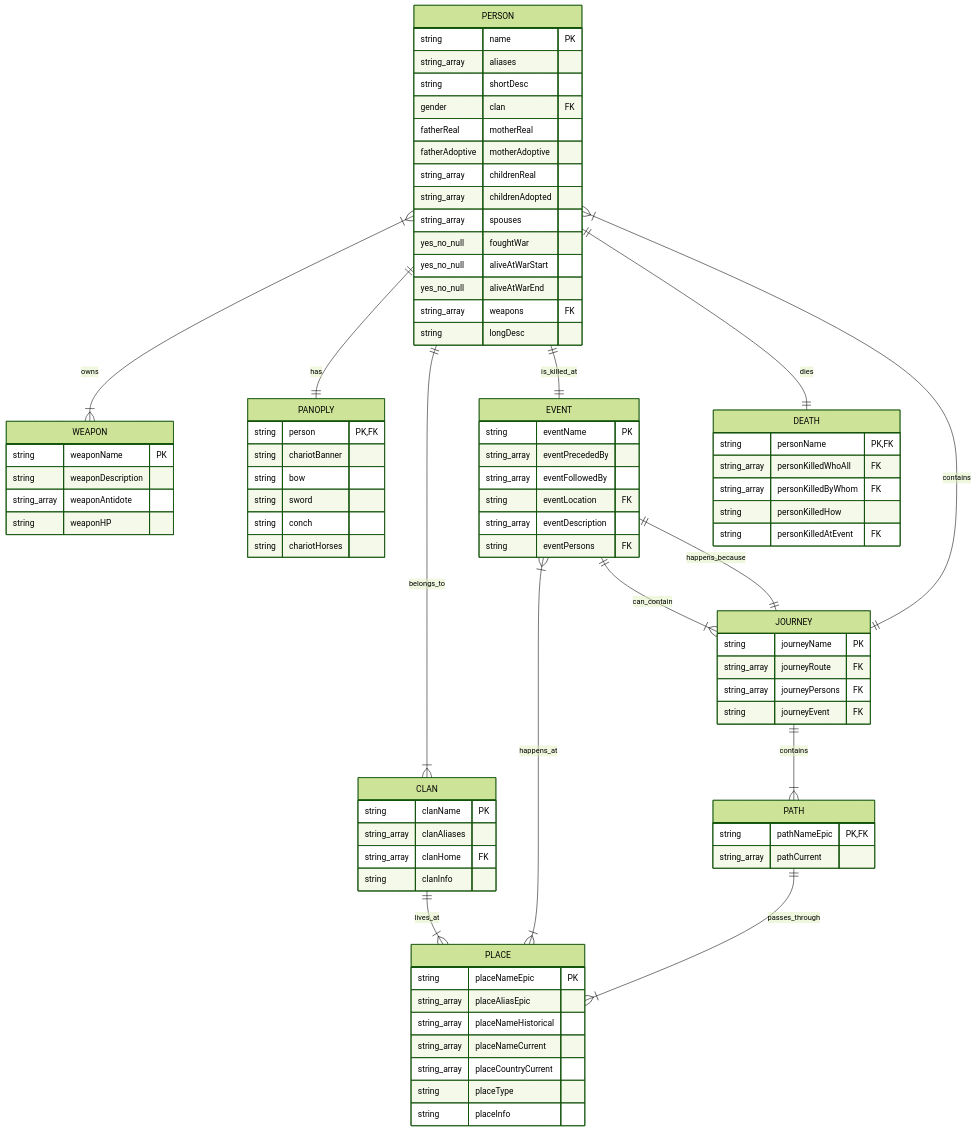
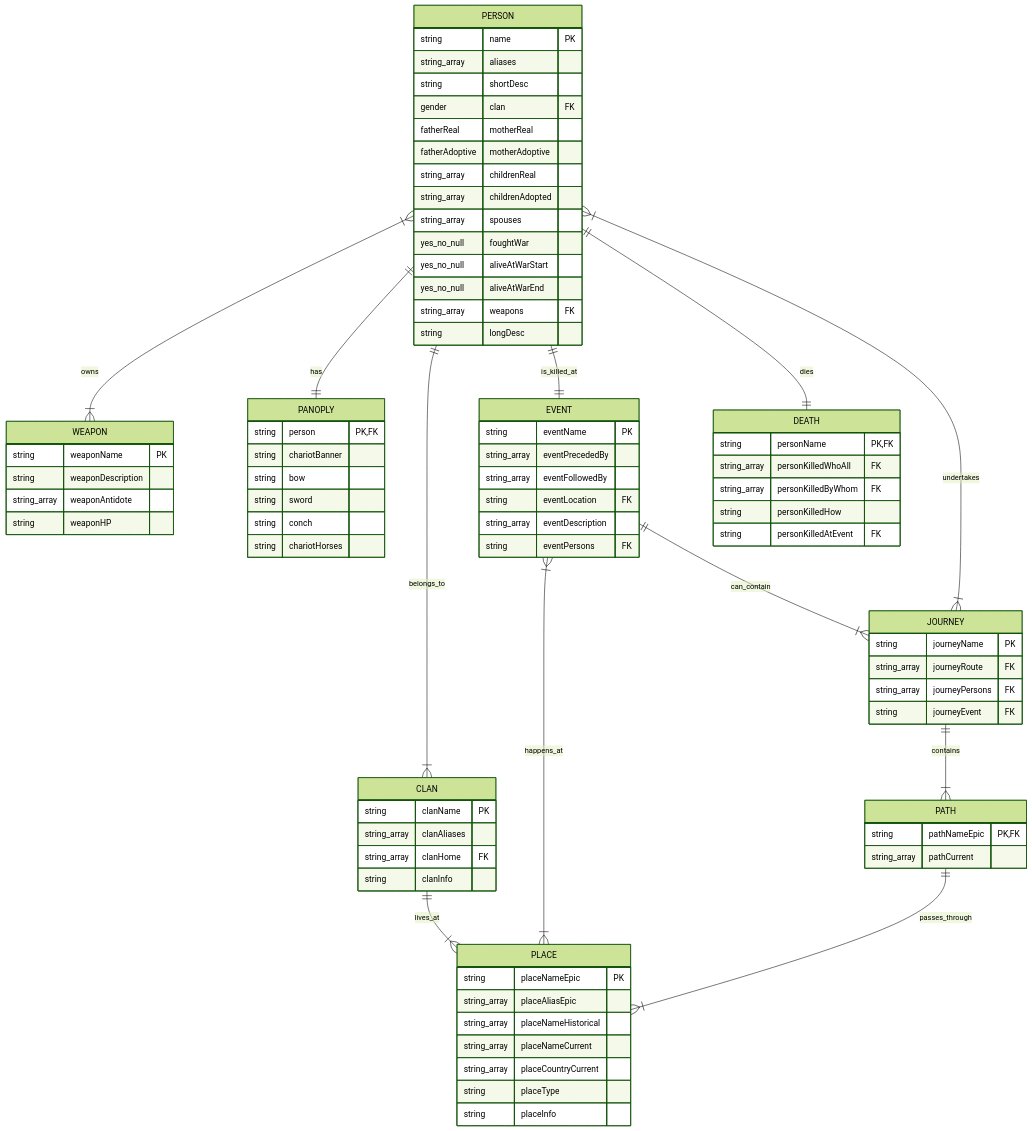
Before and after one commit to AninditaBasu/indica: the diagram in topics/about_mb.md, drawn with Mermaid (forest theme).

````diff
--- a/topics/about_mb.md
+++ b/topics/about_mb.md
@@ -107,12 +107,11 @@
     PERSON ||--|{ CLAN : belongs_to
     PERSON ||--|| EVENT : is_killed_at
 	PERSON ||--|| DEATH : dies
+	PERSON }|--|{ JOURNEY : undertakes
     EVENT }|--|{ PLACE : happens_at
     EVENT ||--|{ JOURNEY : can_contain
     CLAN ||--|{ PLACE : lives_at
     JOURNEY ||--|{ PATH : contains
-	JOURNEY ||--|{ PERSON : contains
-	JOURNEY ||--|| EVENT : happens_because
     PATH ||--|{ PLACE : passes_through
 
 ```
````
